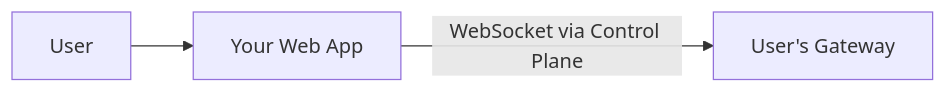
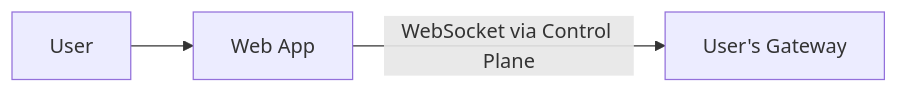
One commit to 1qh/claw changed the first of 2 diagrams in brainstorm/saas-simplification.md. Above: the diagram before and after it, drawn with Mermaid. The commit also changed other lines of this file and 13 other files, not shown here.

````diff
--- a/brainstorm/saas-simplification.md
+++ b/brainstorm/saas-simplification.md
@@ -9,5 +9,5 @@
 ```mermaid
 graph LR
-    USER[User] --> WEB[Your Web App]
+    USER[User] --> WEB[Web App]
     WEB -->|WebSocket via Control Plane| GW[User's Gateway]
 ```
````
